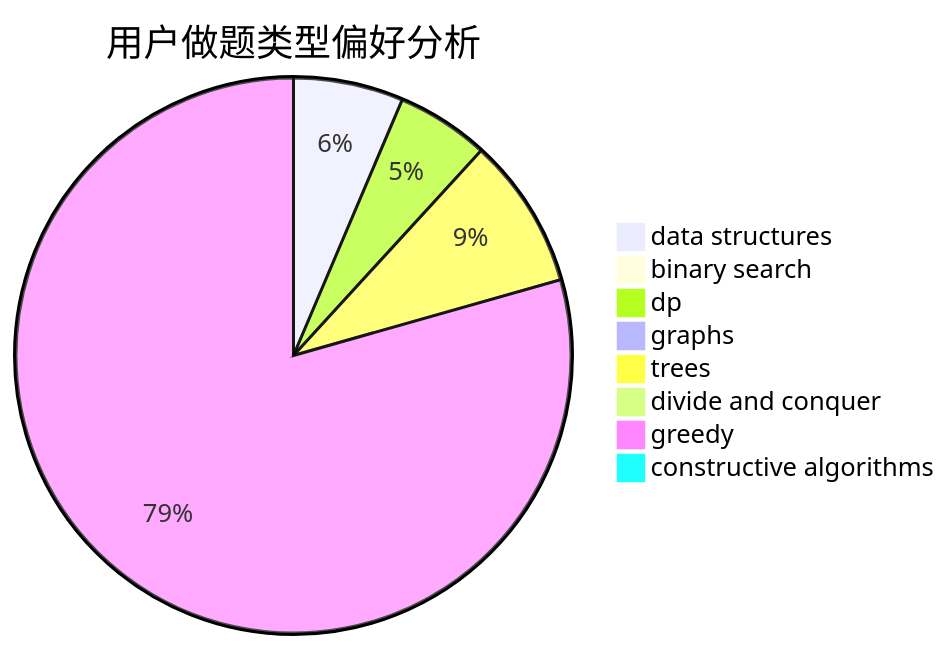
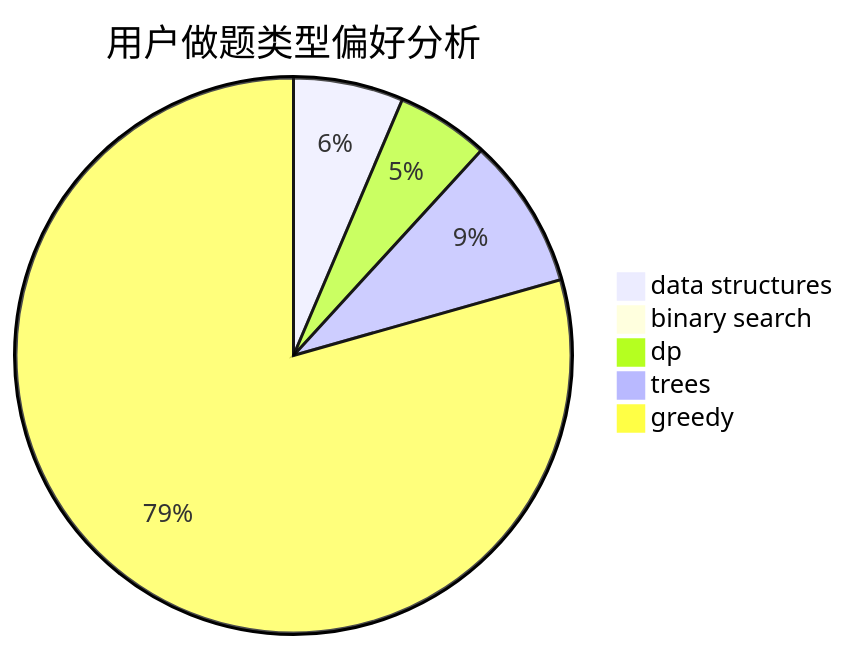
One commit to sherpahu/cfrs.github.io changed the second of 3 diagrams in docs/user/u2431.md. Above: the diagram before and after it, drawn with Mermaid. The commit also changed other lines of this file and 2770 other files, not shown here.

````diff
--- a/docs/user/u2431.md
+++ b/docs/user/u2431.md
@@ -18,11 +15,8 @@
 ```mermaid
 pie title 用户做题类型偏好分析
     "data structures" :  32
     "binary search" :  3
     "dp" :  27
-    "graphs" :  0
     "trees" :  44
-    "divide and conquer" :  0
     "greedy" :  397
-    "constructive algorithms" :  0
 ```
````
